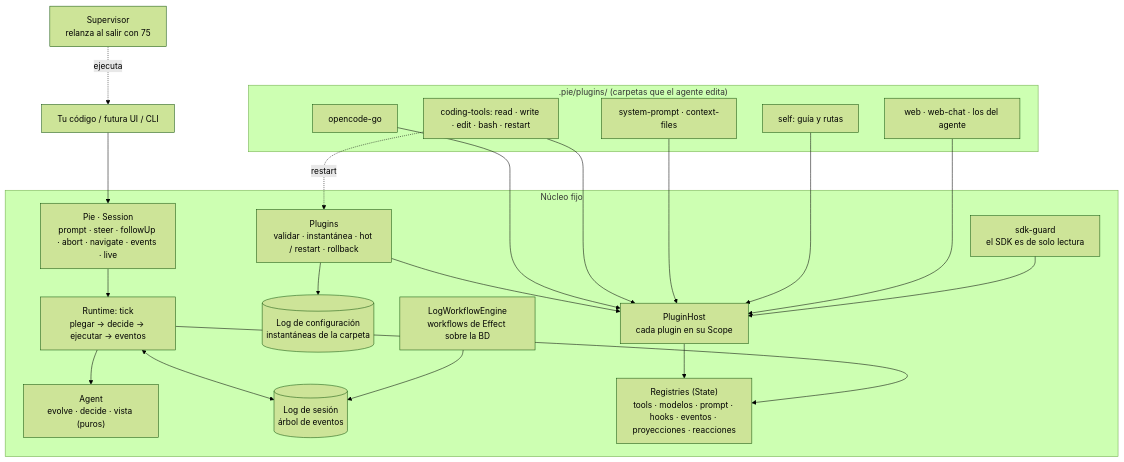
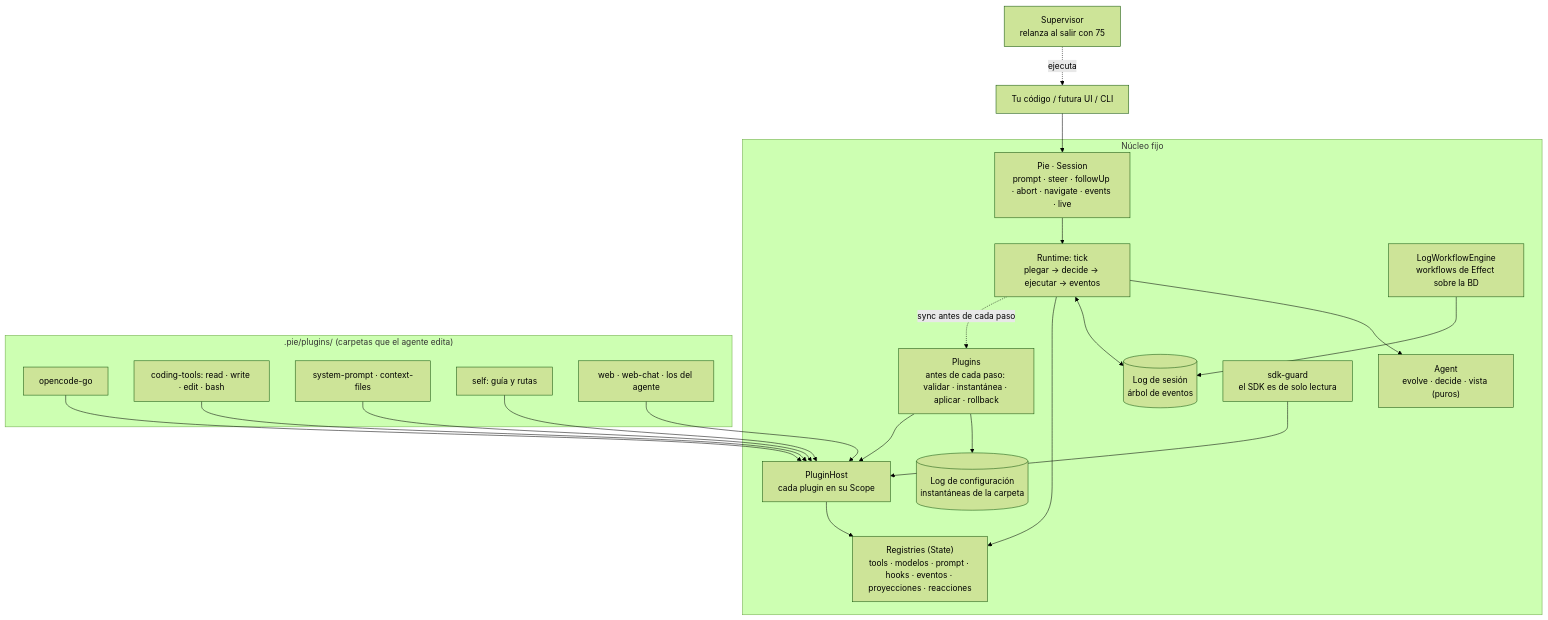
The diagram in docs/diagramas/capas.mmd (JavierDeDiegoGuzman/pie), drawn with Mermaid (forest theme) before and after one commit. The commit also changed 21 other files, not shown here.

```diff
--- a/docs/diagramas/capas.mmd
+++ b/docs/diagramas/capas.mmd
@@ -1,33 +1,33 @@
 flowchart TB
   host["Tu código / futura UI / CLI"]
   sup["Supervisor<br/>relanza al salir con 75"]
   subgraph CORE["Núcleo fijo"]
     api["Pie · Session<br/>prompt · steer · followUp · abort · navigate · events · live"]
     rt["Runtime: tick<br/>plegar → decide → ejecutar → eventos"]
     agent["Agent<br/>evolve · decide · vista (puros)"]
     log[("Log de sesión<br/>árbol de eventos")]
     cfg[("Log de configuración<br/>instantáneas de la carpeta")]
-    mgr["Plugins<br/>validar · instantánea · hot / restart · rollback"]
+    mgr["Plugins<br/>antes de cada paso: validar · instantánea · aplicar · rollback"]
     guard["sdk-guard<br/>el SDK es de solo lectura"]
     reg["Registries (State)<br/>tools · modelos · prompt · hooks · eventos · proyecciones · reacciones"]
     host2["PluginHost<br/>cada plugin en su Scope"]
     wf["LogWorkflowEngine<br/>workflows de Effect sobre la BD"]
   end
   subgraph PLUGINS[".pie/plugins/ (carpetas que el agente edita)"]
     p1["opencode-go"]
-    p2["coding-tools: read · write · edit · bash · restart"]
+    p2["coding-tools: read · write · edit · bash"]
     p3["system-prompt · context-files"]
     p4["self: guía y rutas"]
     p5["web · web-chat · los del agente"]
   end
   host --> api --> rt
   sup -. ejecuta .-> host
   rt --> agent
   rt <--> log
   mgr --> cfg
   mgr --> host2 --> reg
   rt --> reg
   p1 & p2 & p3 & p4 & p5 --> host2
-  p2 -. restart .-> mgr
+  rt -. sync antes de cada paso .-> mgr
   guard --> host2
   wf --> log
```
